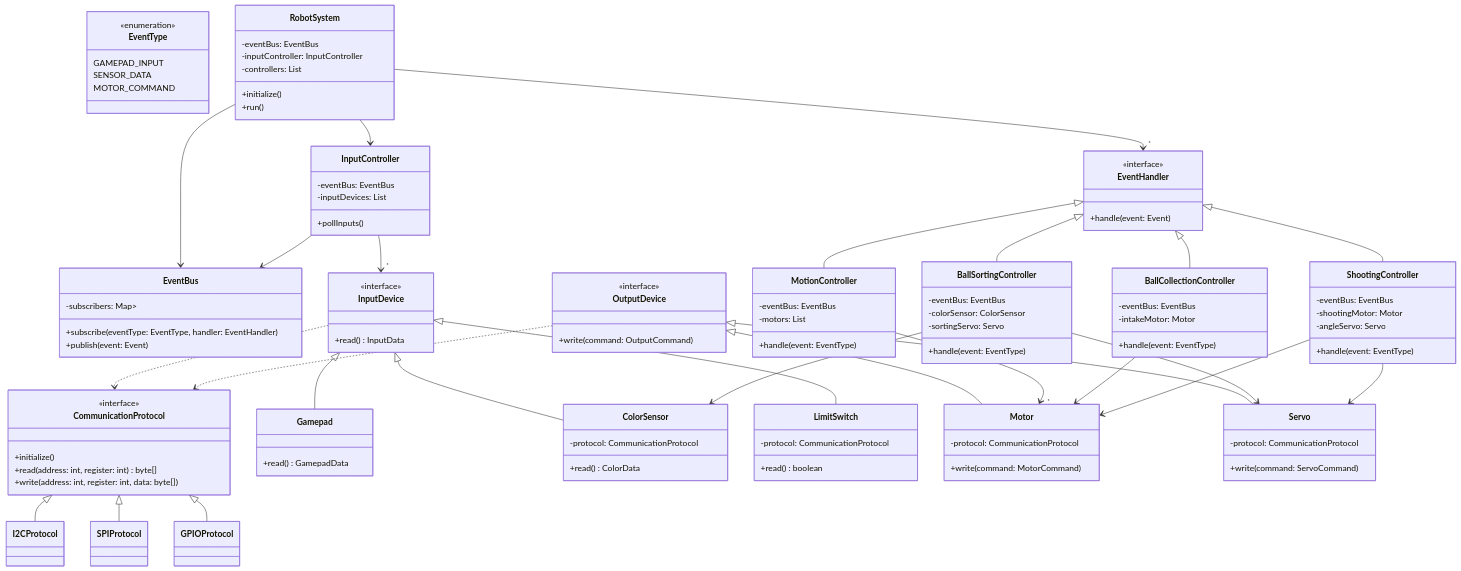
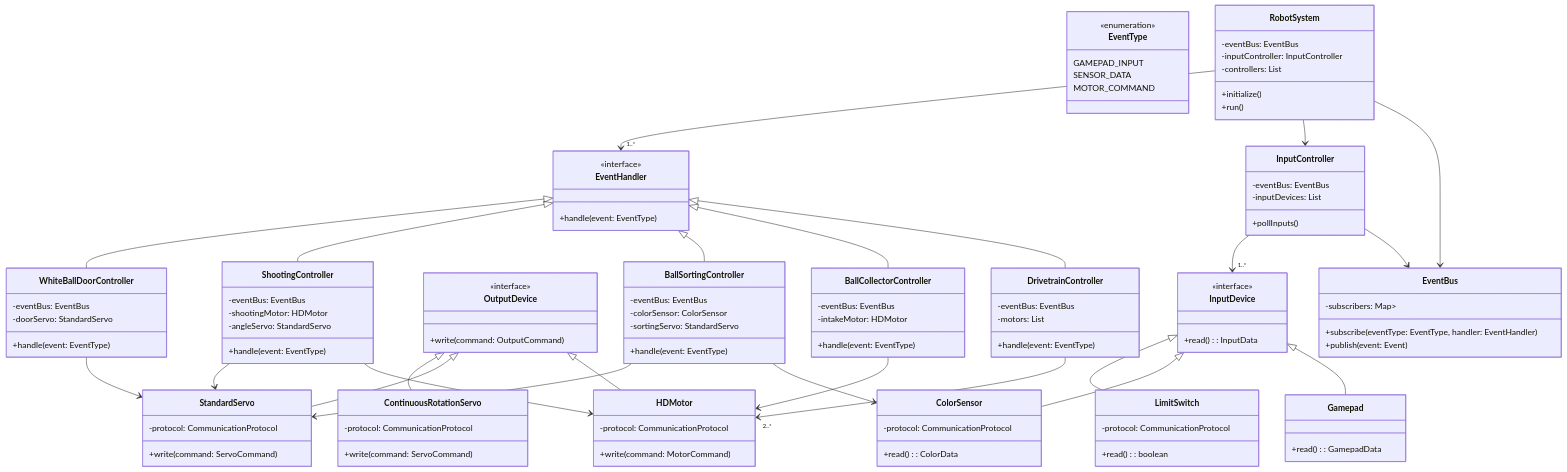
The diagram in README.md (ScienceLabPY/vorc24), drawn with Mermaid before and after one commit. The commit also changed other lines of this file and 1 other file, not shown here.

Commit message:
fix: remove unecessary file in system architecture

````diff
--- a/README.md
+++ b/README.md
@@ -62,90 +39,100 @@
 ```mermaid
 classDiagram
-    %% Core
     class EventBus {
         -subscribers: Map<EventType, List<EventHandler>>
         +subscribe(eventType: EventType, handler: EventHandler)
         +publish(event: Event)
     }
+
     class EventType {
         <<enumeration>>
         GAMEPAD_INPUT
         SENSOR_DATA
         MOTOR_COMMAND
     }
+
     class EventHandler {
         <<interface>>
-        +handle(event: Event)
+        +handle(event: EventType)
     }
-    class CommunicationProtocol {
-        <<interface>>
-        +initialize()
-        +read(address: int, register: int) byte[]
-        +write(address: int, register: int, data: byte[])
-    }
-    class I2CProtocol
-    class SPIProtocol
-    class GPIOProtocol
 
-    %% Devices
     class InputDevice {
         <<interface>>
-        +read() InputData
+        +read(): InputData
     }
+
     class Gamepad {
-        +read() GamepadData
+        +read(): GamepadData
     }
+
     class ColorSensor {
         -protocol: CommunicationProtocol
-        +read() ColorData
+        +read(): ColorData
     }
+
     class LimitSwitch {
         -protocol: CommunicationProtocol
-        +read() boolean
+        +read(): boolean
     }
+
     class OutputDevice {
         <<interface>>
         +write(command: OutputCommand)
     }
-    class Motor {
+
+    class HDMotor {
         -protocol: CommunicationProtocol
         +write(command: MotorCommand)
     }
-    class Servo {
+
+    class StandardServo {
         -protocol: CommunicationProtocol
         +write(command: ServoCommand)
     }
 
-    %% Controllers
+    class ContinuousRotationServo {
+        -protocol: CommunicationProtocol
+        +write(command: ServoCommand)
+    }
+
     class InputController {
         -eventBus: EventBus
         -inputDevices: List<InputDevice>
         +pollInputs()
     }
-    class MotionController {
+
+    class DrivetrainController {
         -eventBus: EventBus
-        -motors: List<Motor>
+        -motors: List<HDMotor>
         +handle(event: EventType)
     }
-    class BallCollectionController {
+
+    class BallCollectorController {
         -eventBus: EventBus
-        -intakeMotor: Motor
+        -intakeMotor: HDMotor
         +handle(event: EventType)
     }
+
     class BallSortingController {
         -eventBus: EventBus
         -colorSensor: ColorSensor
-        -sortingServo: Servo
-        +handle(event: EventType)
-    }
-    class ShootingController {
-        -eventBus: EventBus
-        -shootingMotor: Motor
-        -angleServo: Servo
+        -sortingServo: StandardServo
         +handle(event: EventType)
     }
 
-    %% System
+    class ShootingController {
+        -eventBus: EventBus
+        -shootingMotor: HDMotor
+        -angleServo: StandardServo
+        +handle(event: EventType)
+    }
+
+    class WhiteBallDoorController {
+        -eventBus: EventBus
+        -doorServo: StandardServo
+        +handle(event: EventType)
+    }
+
     class RobotSystem {
         -eventBus: EventBus
         -inputController: InputController
@@ -154,30 +141,28 @@
         +run()
     }
 
-    %% Relationships
-    CommunicationProtocol <|-- I2CProtocol
-    CommunicationProtocol <|-- SPIProtocol
-    CommunicationProtocol <|-- GPIOProtocol
     InputDevice <|-- Gamepad
     InputDevice <|-- ColorSensor
     InputDevice <|-- LimitSwitch
-    OutputDevice <|-- Motor
-    OutputDevice <|-- Servo
-    EventHandler <|-- MotionController
-    EventHandler <|-- BallCollectionController
+    OutputDevice <|-- HDMotor
+    OutputDevice <|-- StandardServo
+    OutputDevice <|-- ContinuousRotationServo
+    EventHandler <|-- DrivetrainController
+    EventHandler <|-- BallCollectorController
     EventHandler <|-- BallSortingController
     EventHandler <|-- ShootingController
+    EventHandler <|-- WhiteBallDoorController
+
     RobotSystem --> EventBus
     RobotSystem --> InputController
-    RobotSystem --> "*" EventHandler
+    RobotSystem --> "1..*" EventHandler
     InputController --> EventBus
-    InputController --> "*" InputDevice
-    MotionController --> "*" Motor
-    BallCollectionController --> Motor
+    InputController --> "1..*" InputDevice
+    DrivetrainController --> "2..*" HDMotor
+    BallCollectorController --> HDMotor
     BallSortingController --> ColorSensor
-    BallSortingController --> Servo
-    ShootingController --> Motor
-    ShootingController --> Servo
-    InputDevice ..> CommunicationProtocol
-    OutputDevice ..> CommunicationProtocol
+    BallSortingController --> StandardServo
+    ShootingController --> HDMotor
+    ShootingController --> StandardServo
+    WhiteBallDoorController --> StandardServo
 ```
````
